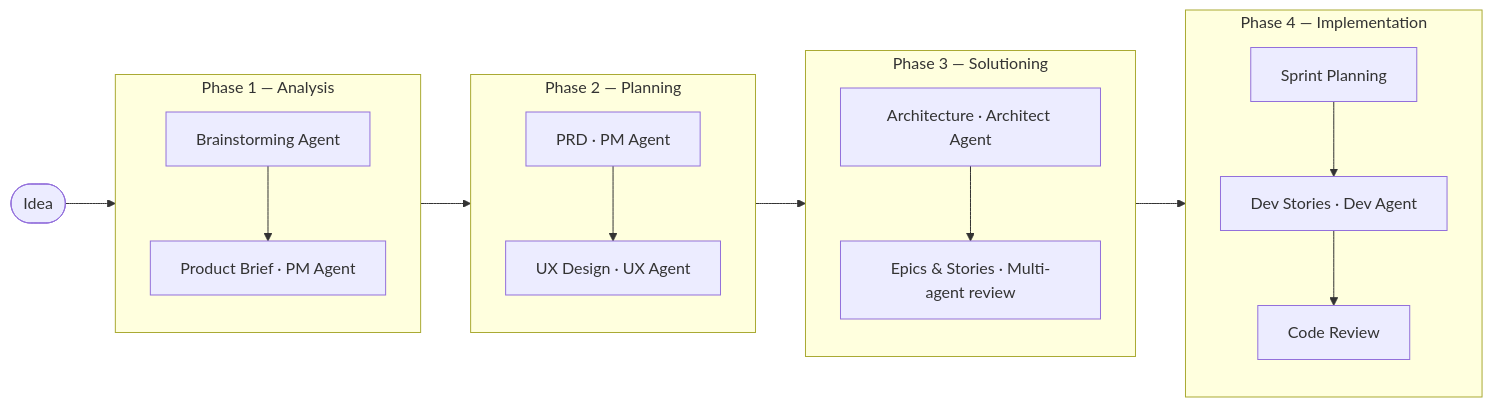
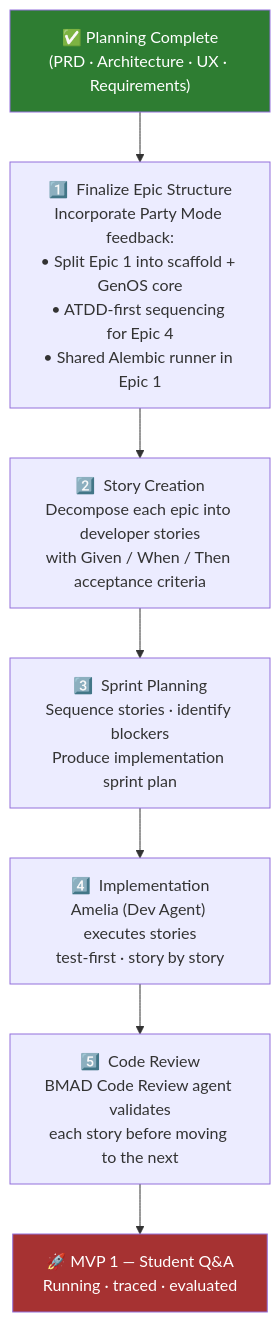
One commit to rguthaa/ai-playground changed the fifth of 5 diagrams in README.md. Above: the diagram before and after it, drawn with Mermaid. The commit also changed other lines of this file, not shown here.

First line of the commit message:
docs: replace 'What is the Idea?' with a catchier problem statement

````diff
--- a/README.md
+++ b/README.md
@@ -178,35 +215,13 @@
 ```mermaid
-flowchart LR
-    A([Idea]) --> B
+flowchart TD
+    A["✅ Planning Complete\n(PRD · Architecture · UX · Requirements)"]
+    A --> B["1️⃣  Finalize Epic Structure\nIncorporate Party Mode feedback:\n• Split Epic 1 into scaffold + GenOS core\n• ATDD-first sequencing for Epic 4\n• Shared Alembic runner in Epic 1"]
+    B --> C["2️⃣  Story Creation\nDecompose each epic into developer stories\nwith Given / When / Then acceptance criteria"]
+    C --> D["3️⃣  Sprint Planning\nSequence stories · identify blockers\nProduce implementation sprint plan"]
+    D --> E["4️⃣  Implementation\nAmelia (Dev Agent) executes stories\ntest-first · story by story"]
+    E --> F["5️⃣  Code Review\nBMAD Code Review agent validates\neach story before moving to the next"]
+    F --> G["🚀  MVP 1 — Student Q&A\nRunning · traced · evaluated"]
 
-    subgraph B["Phase 1 — Analysis"]
-        B1["Brainstorming Agent"]
-        B2["Product Brief · PM Agent"]
-        B1 --> B2
-    end
-
-    B --> C
-
-    subgraph C["Phase 2 — Planning"]
-        C1["PRD · PM Agent"]
-        C2["UX Design · UX Agent"]
-        C1 --> C2
-    end
-
-    C --> D
-
-    subgraph D["Phase 3 — Solutioning"]
-        D1["Architecture · Architect Agent"]
-        D2["Epics & Stories · Multi-agent review"]
-        D1 --> D2
-    end
-
-    D --> E
-
-    subgraph E["Phase 4 — Implementation"]
-        E1["Sprint Planning"]
-        E2["Dev Stories · Dev Agent"]
-        E3["Code Review"]
-        E1 --> E2 --> E3
-    end
+    style A fill:#2e7d32,color:#fff
+    style G fill:#A63232,color:#fff
 ```
````
